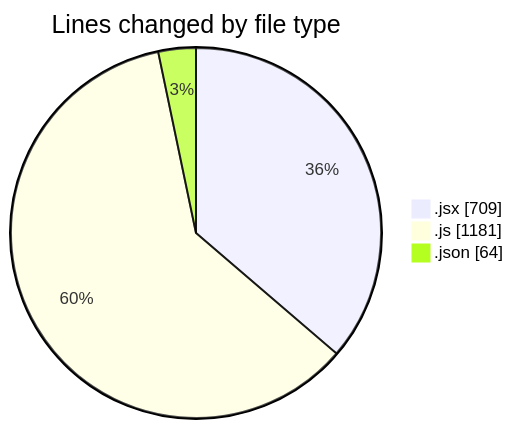
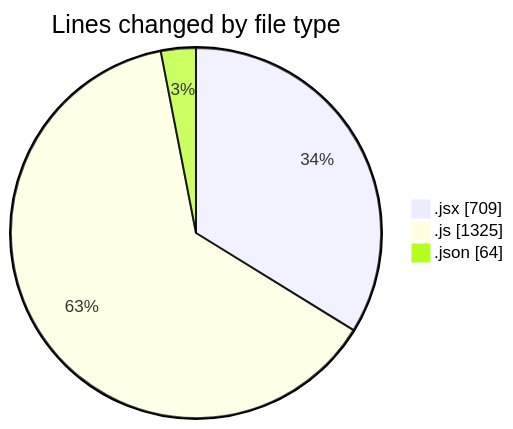
One commit to nxtqubesakshisongat/code-tracking changed the first of 2 diagrams in 2025-11-05/nxtqube_webapp/README.md. Above: the diagram before and after it, drawn with Mermaid. The commit also changed other lines of this file and 1 other file, not shown here.

````diff
--- a/2025-11-05/nxtqube_webapp/README.md
+++ b/2025-11-05/nxtqube_webapp/README.md
@@ -28,7 +28,7 @@
 ```mermaid
 pie showData
 title Lines changed by file type
 ".jsx" : 709
-".js" : 1181
+".js" : 1325
 ".json" : 64
 ```
````
